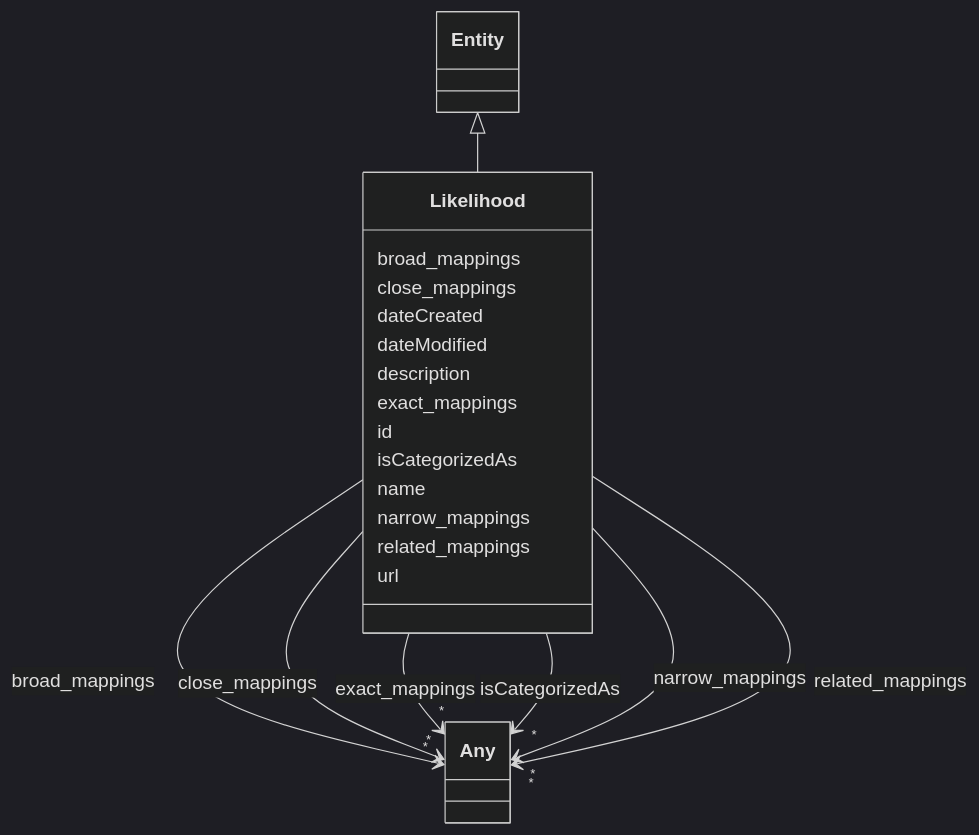
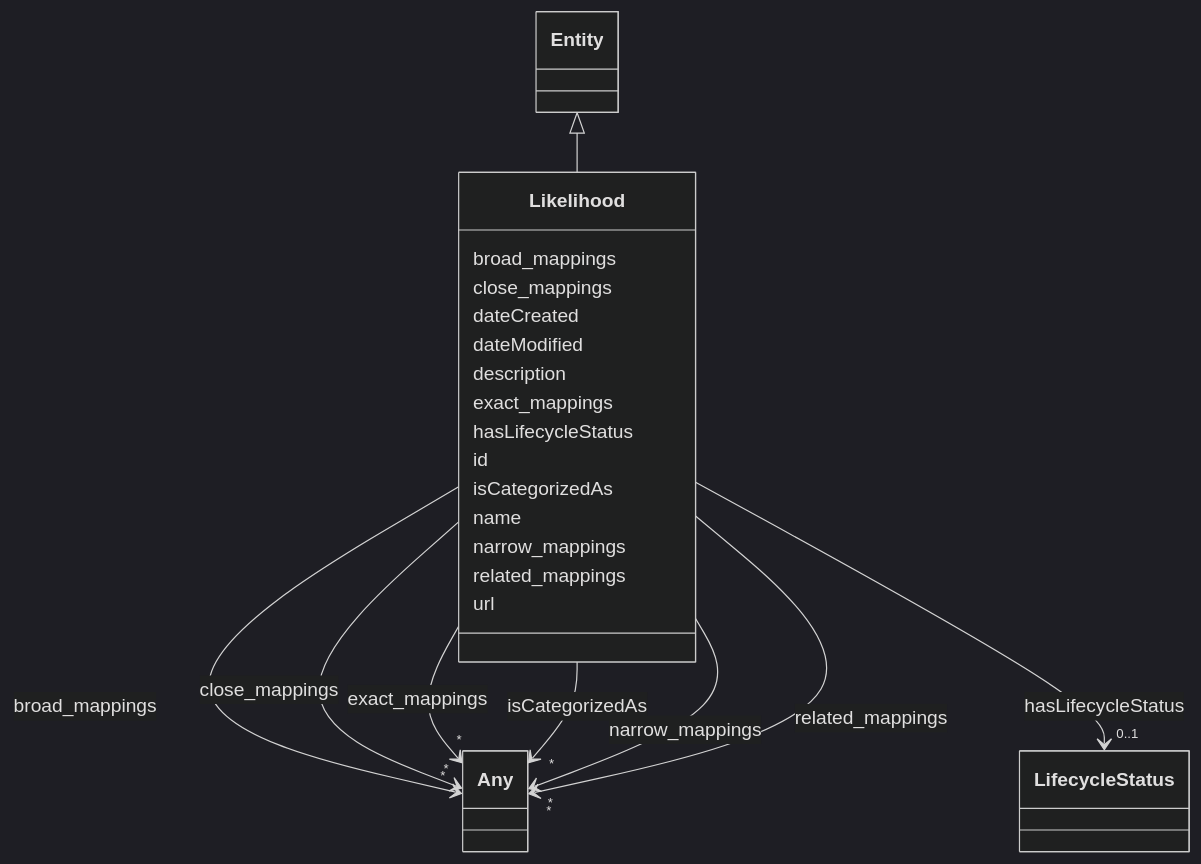
Before and after one commit to ingelise/risk-atlas-nexus: the diagram in docs/ontology/Likelihood.md, drawn with Mermaid (dark theme). The commit also changed other lines of this file and 206 other files, not shown here.

```diff
--- a/docs/ontology/Likelihood.md
+++ b/docs/ontology/Likelihood.md
@@ -55,6 +55,17 @@
 
 
 
+      Likelihood : hasLifecycleStatus
+
+
+
+
+
+        Likelihood --> "0..1" LifecycleStatus : hasLifecycleStatus
+        click LifecycleStatus href "../LifecycleStatus/"
+
+
+
       Likelihood : id
 
       Likelihood : isCategorizedAs
```
